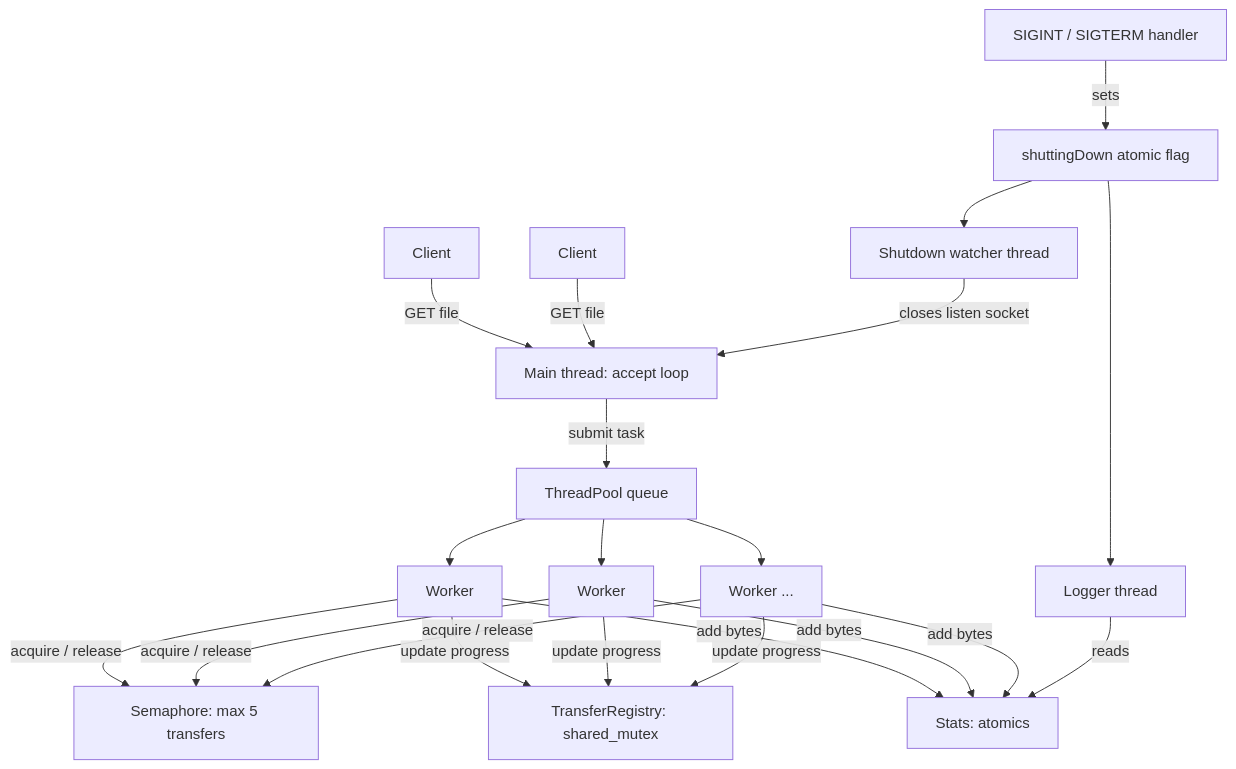
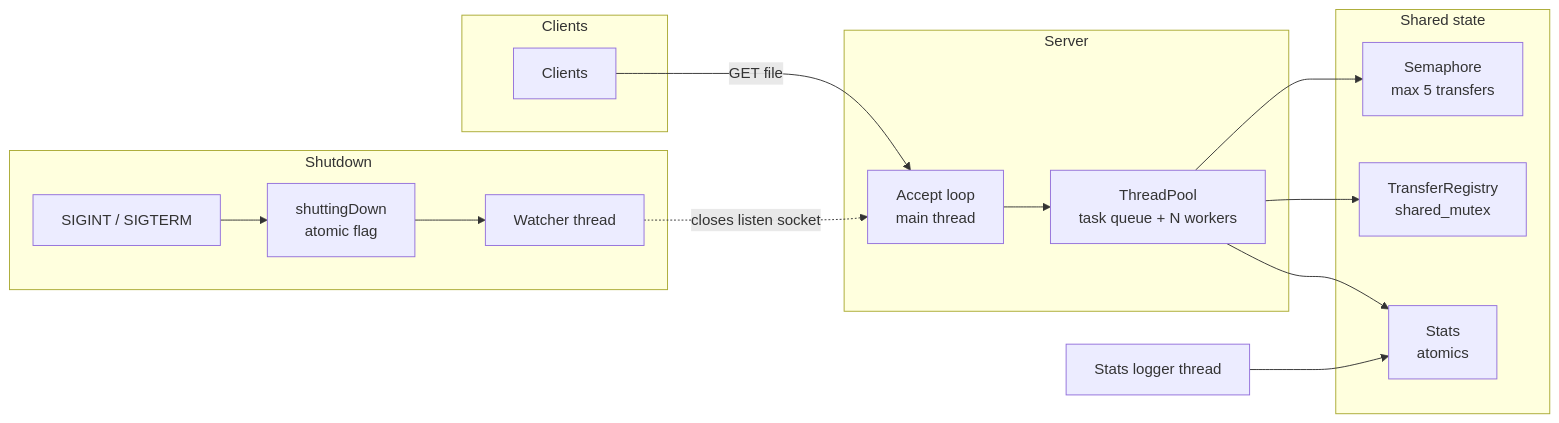
The diagram in README.md (Mo7amed-Adell/multithreaded-file-transfer-server), drawn with Mermaid before and after one commit.

Commit message:
Add architecture flowchart to README
Updated flowchart to improve clarity and structure.

````diff
--- a/README.md
+++ b/README.md
@@ -2,19 +2,29 @@
 ```mermaid
-flowchart TD
-    C1[Client] -->|GET file| ACC[Main thread: accept loop]
-    C2[Client] -->|GET file| ACC
-    ACC -->|submit task| POOL[ThreadPool queue]
-    POOL --> W1[Worker]
-    POOL --> W2[Worker]
-    POOL --> WN[Worker ...]
+flowchart LR
+    subgraph Clients
+        C[Clients]
+    end
 
-    W1 & W2 & WN -->|acquire / release| SEM[Semaphore: max 5 transfers]
-    W1 & W2 & WN -->|update progress| REG[TransferRegistry: shared_mutex]
-    W1 & W2 & WN -->|add bytes| STATS[Stats: atomics]
+    subgraph Server
+        ACC[Accept loop<br/>main thread]
+        POOL[ThreadPool<br/>task queue + N workers]
+    end
 
-    LOG[Logger thread] -->|reads| STATS
-    SIG[SIGINT / SIGTERM handler] -->|sets| FLAG[shuttingDown atomic flag]
-    FLAG --> WATCH[Shutdown watcher thread]
-    WATCH -->|closes listen socket| ACC
-    FLAG --> LOG
+    subgraph Shared state
+        SEM[Semaphore<br/>max 5 transfers]
+        REG[TransferRegistry<br/>shared_mutex]
+        STATS[Stats<br/>atomics]
+    end
+
+    subgraph Shutdown
+        SIG[SIGINT / SIGTERM] --> FLAG[shuttingDown<br/>atomic flag]
+        FLAG --> WATCH[Watcher thread]
+    end
+
+    C -->|GET file| ACC --> POOL
+    POOL --> SEM
+    POOL --> REG
+    POOL --> STATS
+    LOG[Stats logger thread] --> STATS
+    WATCH -.->|closes listen socket| ACC
 ```
````
